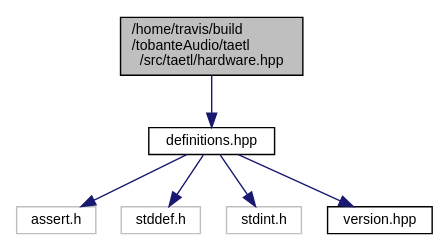
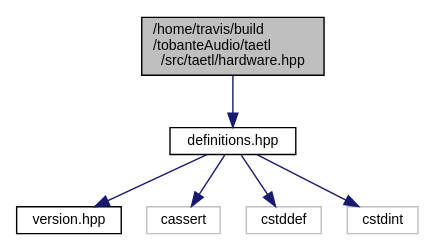
One commit to tobanteAudio/taetl changed the diagram in hardware_8hpp__incl.dot. Above: the diagram before and after it, drawn with Graphviz. The commit also changed 38 other files, not shown here.

```diff
--- a/hardware_8hpp__incl.dot
+++ b/hardware_8hpp__incl.dot
@@ -1,16 +1,16 @@
 digraph "/home/travis/build/tobanteAudio/taetl/src/taetl/hardware.hpp"
 {
   edge [fontname="Helvetica",fontsize="10",labelfontname="Helvetica",labelfontsize="10"];
   node [fontname="Helvetica",fontsize="10",shape=record];
   Node0 [label="/home/travis/build\l/tobanteAudio/taetl\l/src/taetl/hardware.hpp",height=0.2,width=0.4,color="black", fillcolor="grey75", style="filled", fontcolor="black"];
   Node0 -> Node1 [color="midnightblue",fontsize="10",style="solid",fontname="Helvetica"];
   Node1 [label="definitions.hpp",height=0.2,width=0.4,color="black", fillcolor="white", style="filled",URL="$definitions_8hpp.html"];
   Node1 -> Node2 [color="midnightblue",fontsize="10",style="solid",fontname="Helvetica"];
-  Node2 [label="assert.h",height=0.2,width=0.4,color="grey75", fillcolor="white", style="filled"];
+  Node2 [label="version.hpp",height=0.2,width=0.4,color="black", fillcolor="white", style="filled",URL="$version_8hpp.html"];
   Node1 -> Node3 [color="midnightblue",fontsize="10",style="solid",fontname="Helvetica"];
-  Node3 [label="stddef.h",height=0.2,width=0.4,color="grey75", fillcolor="white", style="filled"];
+  Node3 [label="cassert",height=0.2,width=0.4,color="grey75", fillcolor="white", style="filled"];
   Node1 -> Node4 [color="midnightblue",fontsize="10",style="solid",fontname="Helvetica"];
-  Node4 [label="stdint.h",height=0.2,width=0.4,color="grey75", fillcolor="white", style="filled"];
+  Node4 [label="cstddef",height=0.2,width=0.4,color="grey75", fillcolor="white", style="filled"];
   Node1 -> Node5 [color="midnightblue",fontsize="10",style="solid",fontname="Helvetica"];
-  Node5 [label="version.hpp",height=0.2,width=0.4,color="black", fillcolor="white", style="filled",URL="$version_8hpp.html"];
+  Node5 [label="cstdint",height=0.2,width=0.4,color="grey75", fillcolor="white", style="filled"];
 }
```
